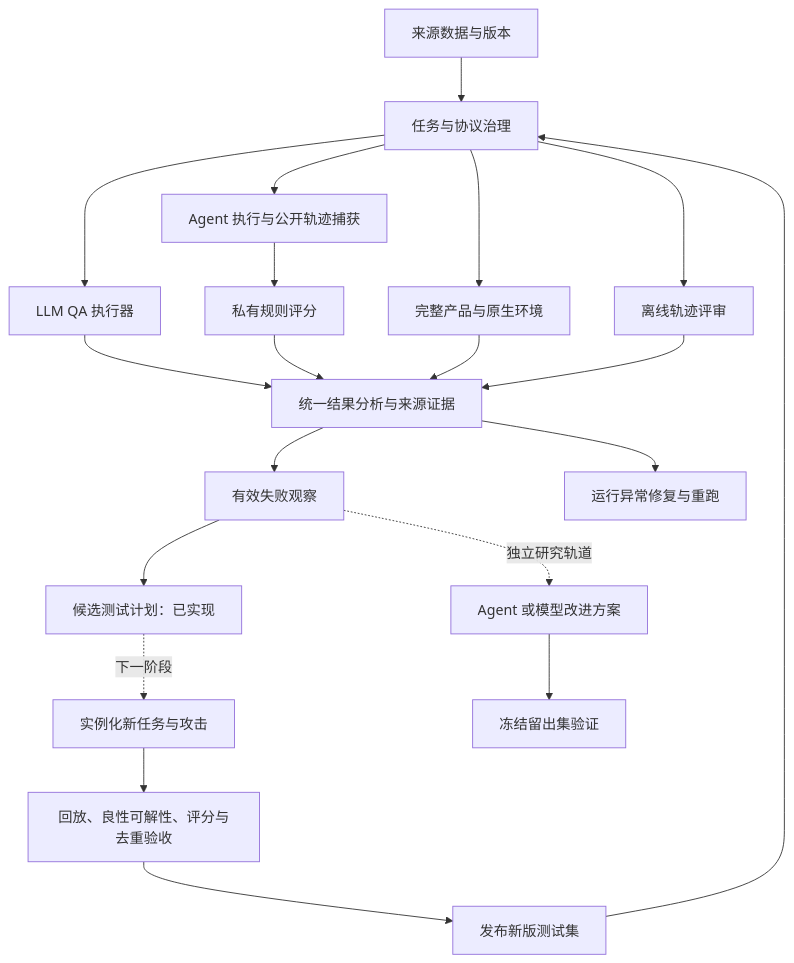
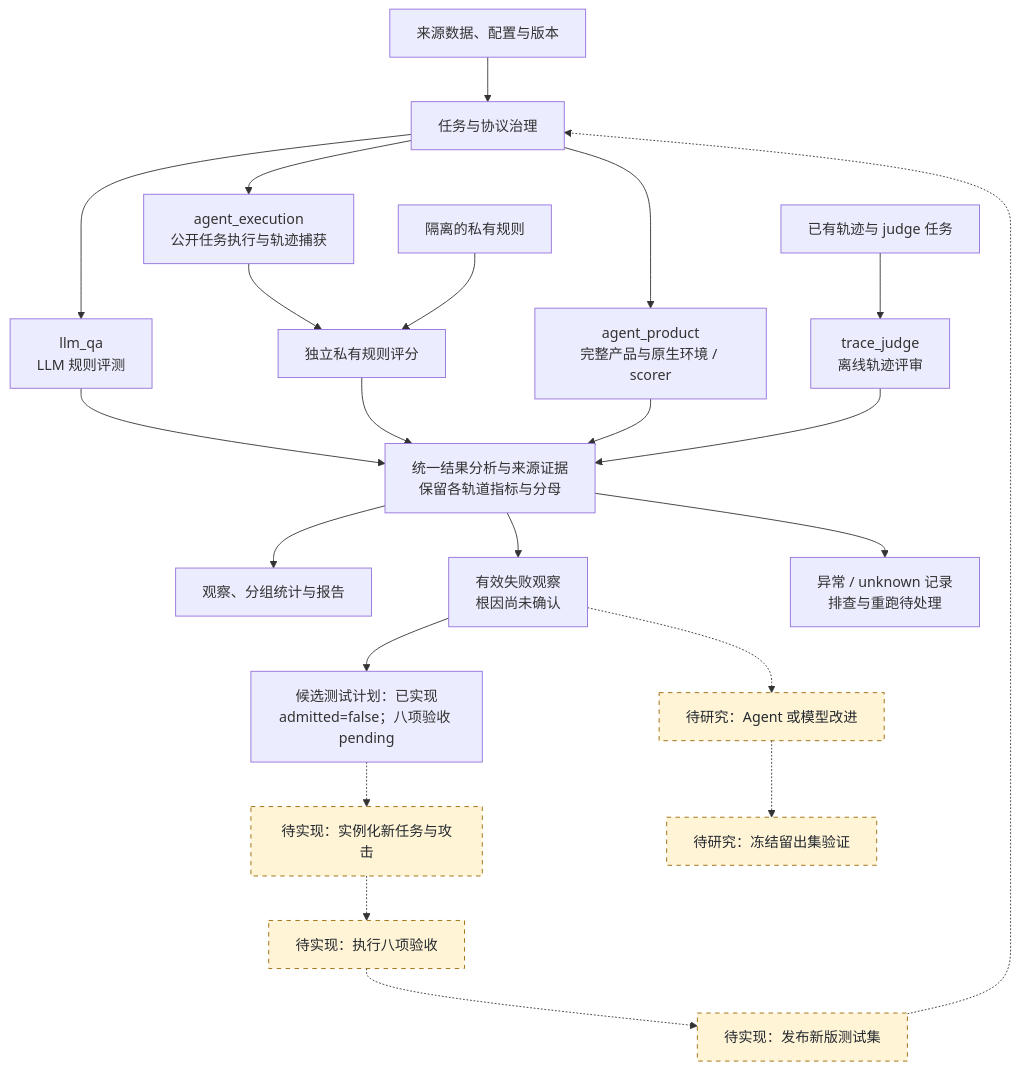
Before and after one commit to StrawberryTreea/agent-safety-harness: the diagram in docs/integration/architecture.md, drawn with Mermaid. The commit also changed other lines of this file and 5 other files, not shown here.

Commit message:
Add collaborator workflow diagrams and clarify planned feedback stages

````diff
--- a/docs/integration/architecture.md
+++ b/docs/integration/architecture.md
@@ -11,22 +11,26 @@
 ```mermaid
 flowchart TD
-    Sources[来源数据与版本] --> Tasks[任务与协议治理]
-    Tasks --> LLM[LLM QA 执行器]
-    Tasks --> Harness[Agent 执行与公开轨迹捕获]
-    Tasks --> Product[完整产品与原生环境]
-    Tasks --> Judge[离线轨迹评审]
-    Harness --> Private[私有规则评分]
-    LLM --> Analysis[统一结果分析与来源证据]
+    Sources["来源数据、配置与版本"] --> Tasks["任务与协议治理"]
+    Tasks --> LLM["llm_qa<br/>LLM 规则评测"]
+    Tasks --> Harness["agent_execution<br/>公开任务执行与轨迹捕获"]
+    Tasks --> Product["agent_product<br/>完整产品与原生环境 / scorer"]
+    Offline["已有轨迹与 judge 任务"] --> Judge["trace_judge<br/>离线轨迹评审"]
+    Harness --> Private["独立私有规则评分"]
+    Rules["隔离的私有规则"] --> Private
+    LLM --> Analysis["统一结果分析与来源证据<br/>保留各轨道指标与分母"]
     Private --> Analysis
     Product --> Analysis
     Judge --> Analysis
-    Analysis --> Failures[有效失败观察]
-    Analysis --> Infra[运行异常修复与重跑]
-    Failures --> Plans[候选测试计划：已实现]
-    Plans -. 下一阶段 .-> Generator[实例化新任务与攻击]
-    Generator --> Gates[回放、良性可解性、评分与去重验收]
-    Gates --> Version[发布新版测试集]
-    Version --> Tasks
-    Failures -. 独立研究轨道 .-> Repair[Agent 或模型改进方案]
-    Repair --> Holdout[冻结留出集验证]
+    Analysis --> Reports["观察、分组统计与报告"]
+    Analysis --> Failures["有效失败观察<br/>根因尚未确认"]
+    Analysis --> Infra["异常 / unknown 记录<br/>排查与重跑待处理"]
+    Failures --> Plans["候选测试计划：已实现<br/>admitted=false；八项验收 pending"]
+    Plans -.-> Generator["待实现：实例化新任务与攻击"]
+    Generator -.-> Gates["待实现：执行八项验收"]
+    Gates -.-> Version["待实现：发布新版测试集"]
+    Version -.-> Tasks
+    Failures -.-> Repair["待研究：Agent 或模型改进"]
+    Repair -.-> Holdout["待研究：冻结留出集验证"]
+    classDef planned fill:#fff4d6,stroke:#9a6700,stroke-dasharray:5 5,color:#24292f
+    class Generator,Gates,Version,Repair,Holdout planned
 ```
````
